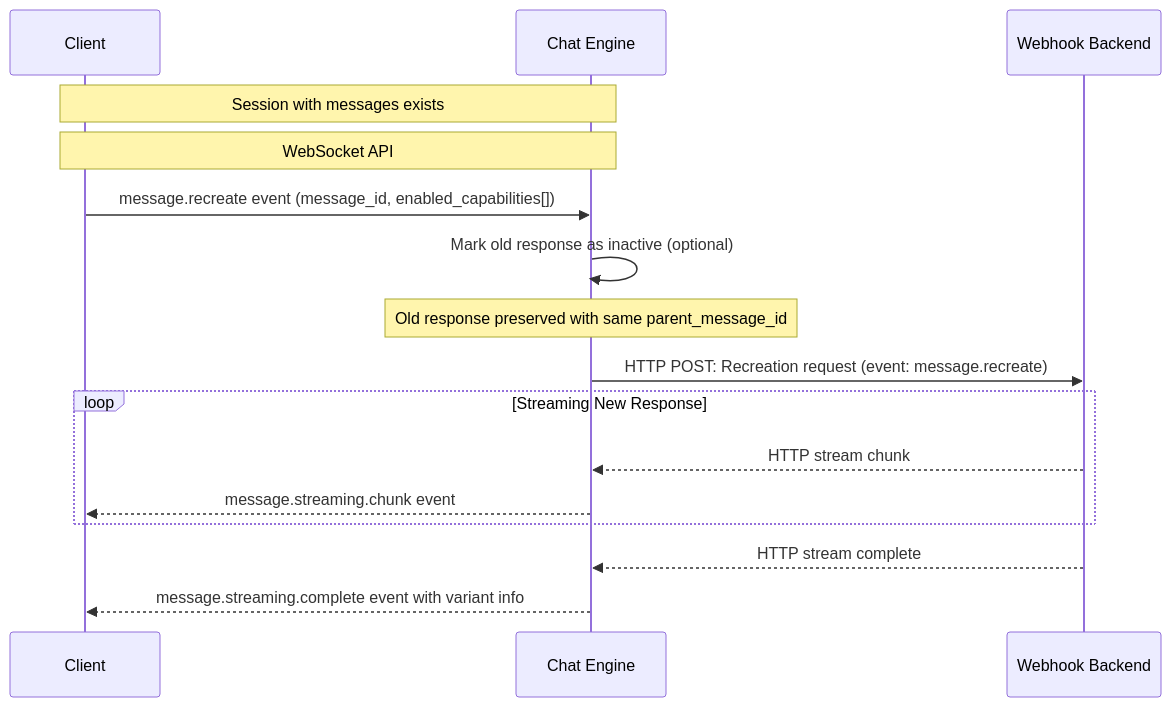
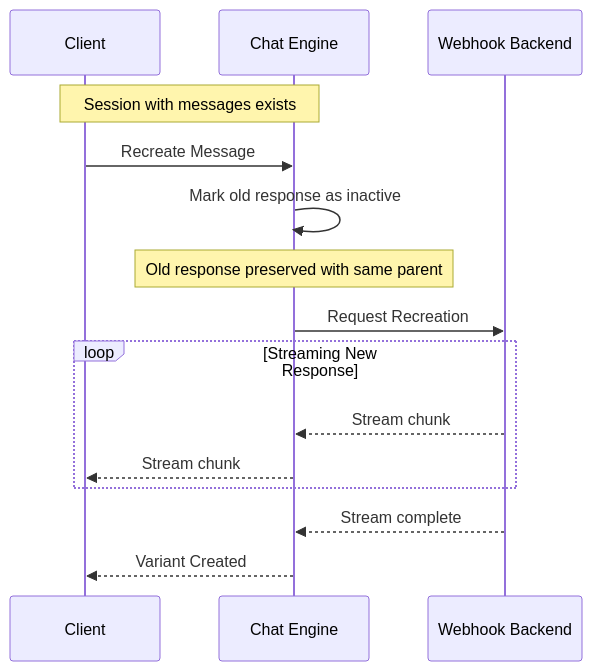
One commit to hypernetix/hyperspot changed the sixth of 16 diagrams in modules/chat_engine/DESIGN.md. Above: the diagram before and after it, drawn with Mermaid. The commit also changed other lines of this file and 25 other files, not shown here.

````diff
--- a/modules/chat_engine/DESIGN.md
+++ b/modules/chat_engine/DESIGN.md
@@ -607,22 +567,21 @@
 ```mermaid
 sequenceDiagram
     participant Client
     participant Chat Engine
     participant Webhook Backend
 
     Note over Client,Chat Engine: Session with messages exists
 
-    Note over Client,Chat Engine: WebSocket API
-    Client->>Chat Engine: message.recreate event (message_id, enabled_capabilities[])
-    Chat Engine->>Chat Engine: Mark old response as inactive (optional)
-    Note over Chat Engine: Old response preserved with same parent_message_id
-    Chat Engine->>Webhook Backend: HTTP POST: Recreation request (event: message.recreate)
+    Client->>Chat Engine: Recreate Message
+    Chat Engine->>Chat Engine: Mark old response as inactive
+    Note over Chat Engine: Old response preserved with same parent
+    Chat Engine->>Webhook Backend: Request Recreation
 
     loop Streaming New Response
-        Webhook Backend-->>Chat Engine: HTTP stream chunk
-        Chat Engine-->>Client: message.streaming.chunk event
+        Webhook Backend-->>Chat Engine: Stream chunk
+        Chat Engine-->>Client: Stream chunk
     end
 
-    Webhook Backend-->>Chat Engine: HTTP stream complete
-    Chat Engine-->>Client: message.streaming.complete event with variant info
+    Webhook Backend-->>Chat Engine: Stream complete
+    Chat Engine-->>Client: Variant Created
 ```
````
